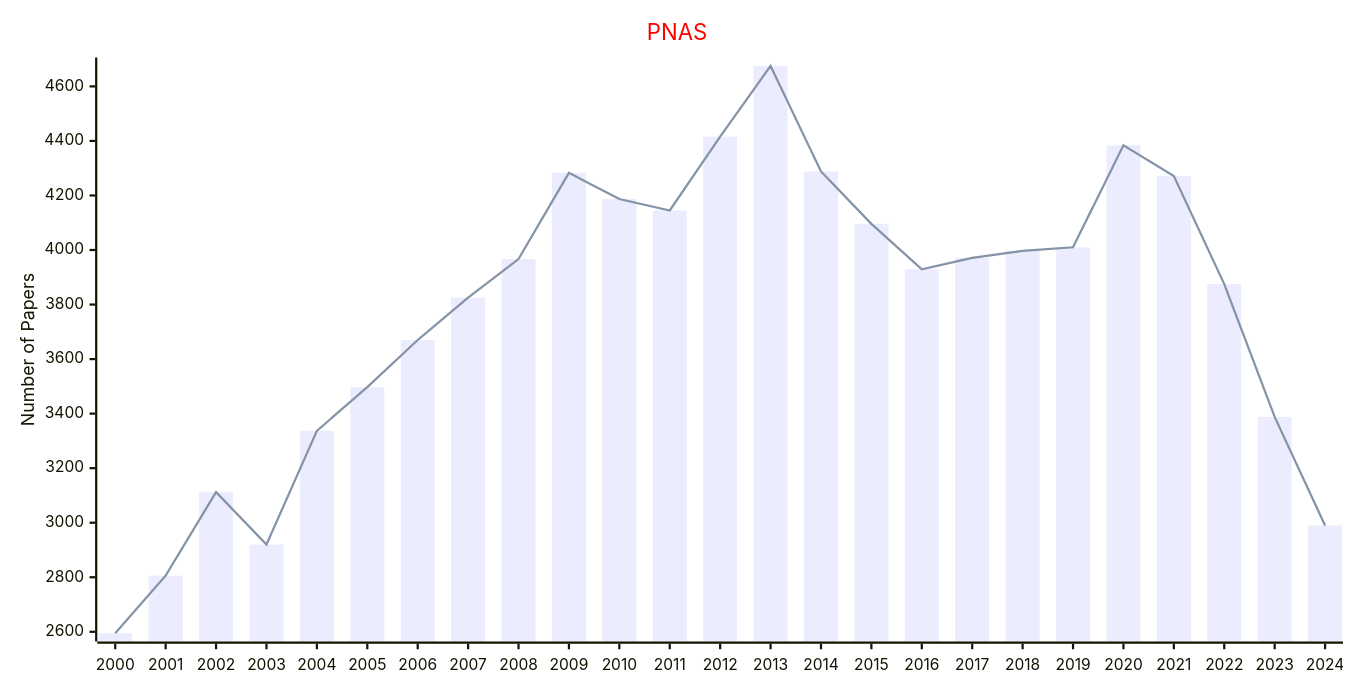
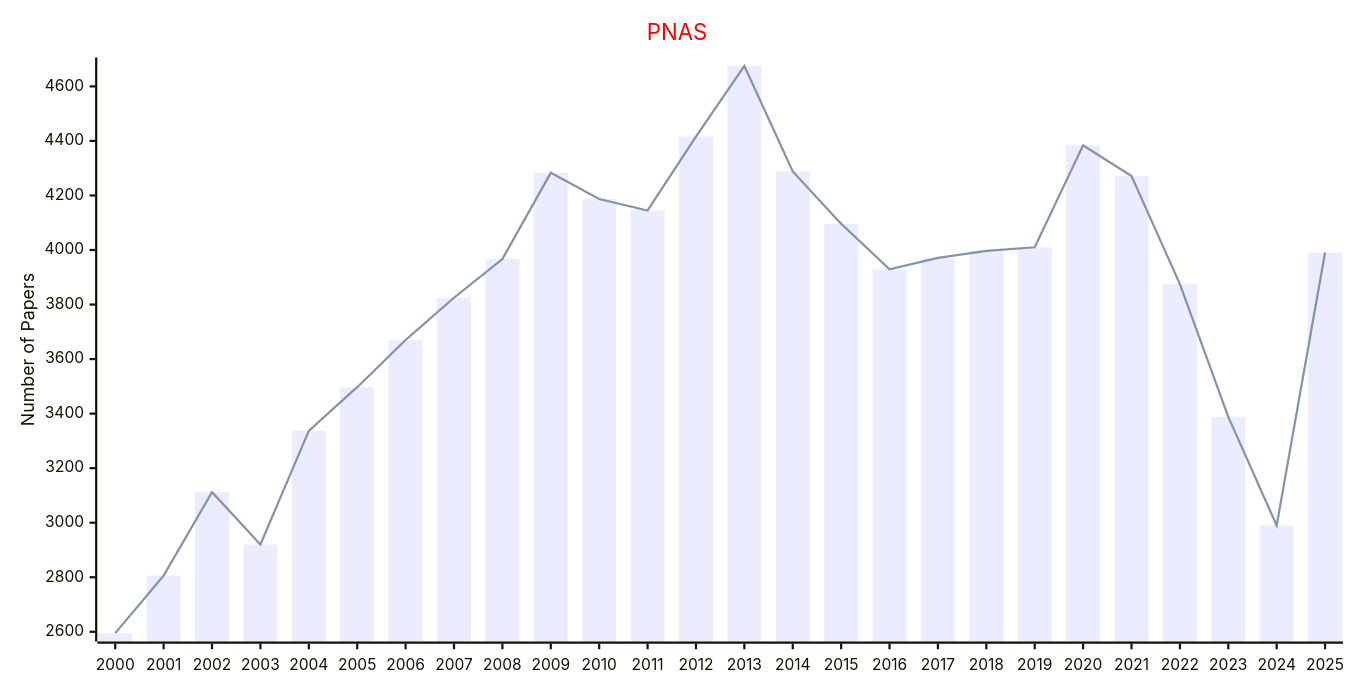
Before and after one commit to Easy-PhD/AILinks: the diagram in docs/data/Journals/Publishers_Journals/PNAS.md, drawn with Mermaid. The commit also changed 93 other files, not shown here.

````diff
--- a/docs/data/Journals/Publishers_Journals/PNAS.md
+++ b/docs/data/Journals/Publishers_Journals/PNAS.md
@@ -11,17 +11,17 @@
 ```mermaid
 ---
 config:
     xyChart:
         width: 1200
         height: 600
     themeVariables:
         xyChart:
             titleColor: "#ff0000"
 ---
 xychart-beta
     title "PNAS"
-    x-axis [2000, 2001, 2002, 2003, 2004, 2005, 2006, 2007, 2008, 2009, 2010, 2011, 2012, 2013, 2014, 2015, 2016, 2017, 2018, 2019, 2020, 2021, 2022, 2023, 2024]
+    x-axis [2000, 2001, 2002, 2003, 2004, 2005, 2006, 2007, 2008, 2009, 2010, 2011, 2012, 2013, 2014, 2015, 2016, 2017, 2018, 2019, 2020, 2021, 2022, 2023, 2024, 2025]
     y-axis "Number of Papers"
-    bar [2595, 2806, 3112, 2920, 3337, 3497, 3670, 3825, 3967, 4283, 4187, 4145, 4416, 4675, 4288, 4096, 3929, 3971, 3997, 4010, 4384, 4271, 3875, 3388, 2990]
-    line [2595, 2806, 3112, 2920, 3337, 3497, 3670, 3825, 3967, 4283, 4187, 4145, 4416, 4675, 4288, 4096, 3929, 3971, 3997, 4010, 4384, 4271, 3875, 3388, 2990]
+    bar [2595, 2806, 3112, 2920, 3337, 3497, 3670, 3825, 3967, 4283, 4187, 4145, 4416, 4675, 4288, 4096, 3929, 3971, 3997, 4010, 4384, 4271, 3875, 3388, 2990, 3991]
+    line [2595, 2806, 3112, 2920, 3337, 3497, 3670, 3825, 3967, 4283, 4187, 4145, 4416, 4675, 4288, 4096, 3929, 3971, 3997, 4010, 4384, 4271, 3875, 3388, 2990, 3991]
 ```
````
